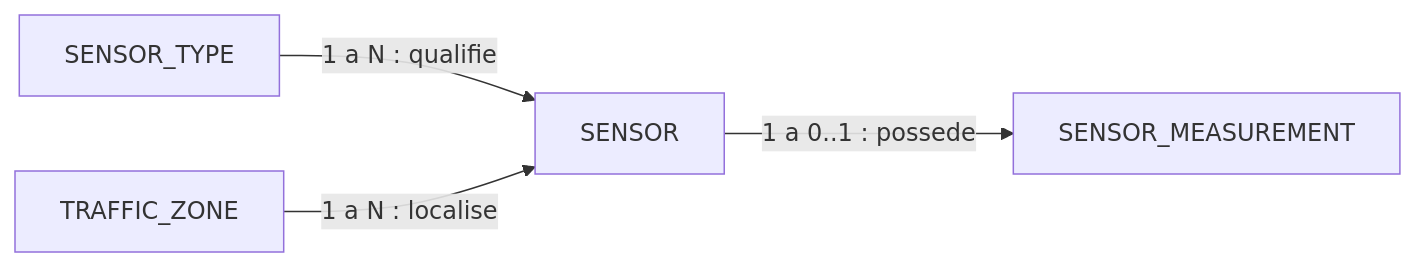
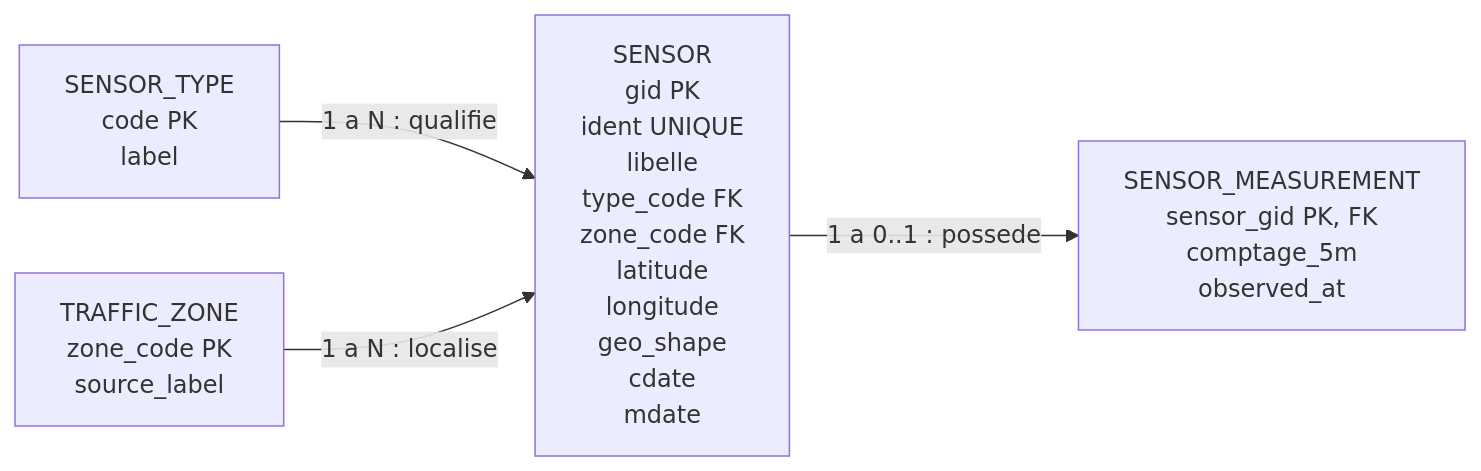
Before and after one commit to Songamea/Audit-cartographie-avec-SQL: the first of 2 diagrams in README.md, drawn with Mermaid. The commit also changed other lines of this file, not shown here.

Commit message:
Restaurer les attributs du modele conceptuel

````diff
--- a/README.md
+++ b/README.md
@@ -65,6 +65,6 @@
 ```mermaid
 flowchart LR
-    T[SENSOR_TYPE] -->|1 a N : qualifie| S[SENSOR]
-    Z[TRAFFIC_ZONE] -->|1 a N : localise| S
-    S -->|1 a 0..1 : possede| M[SENSOR_MEASUREMENT]
+    T["SENSOR_TYPE<br/>code PK<br/>label"] -->|"1 a N : qualifie"| S["SENSOR<br/>gid PK<br/>ident UNIQUE<br/>libelle<br/>type_code FK<br/>zone_code FK<br/>latitude<br/>longitude<br/>geo_shape<br/>cdate<br/>mdate"]
+    Z["TRAFFIC_ZONE<br/>zone_code PK<br/>source_label"] -->|"1 a N : localise"| S
+    S -->|"1 a 0..1 : possede"| M["SENSOR_MEASUREMENT<br/>sensor_gid PK, FK<br/>comptage_5m<br/>observed_at"]
 ```
````
